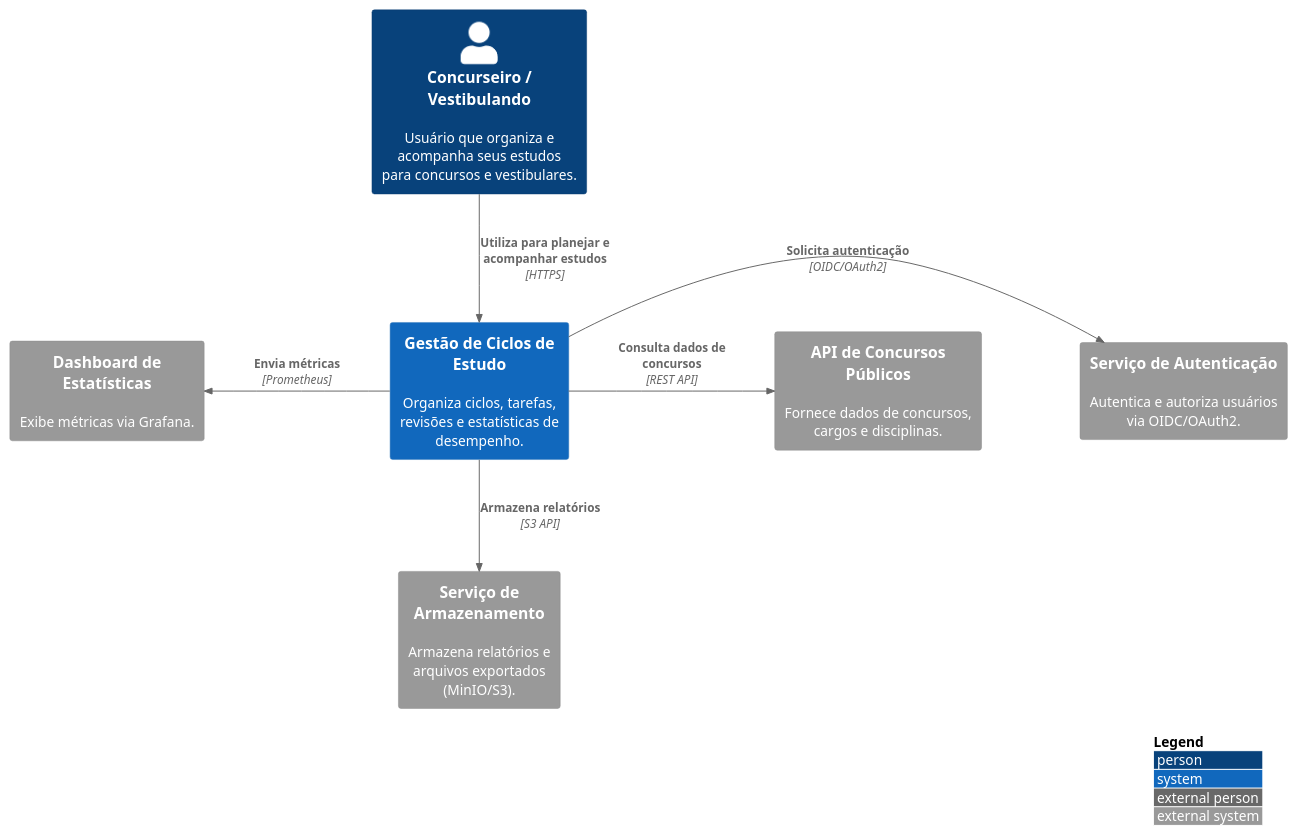
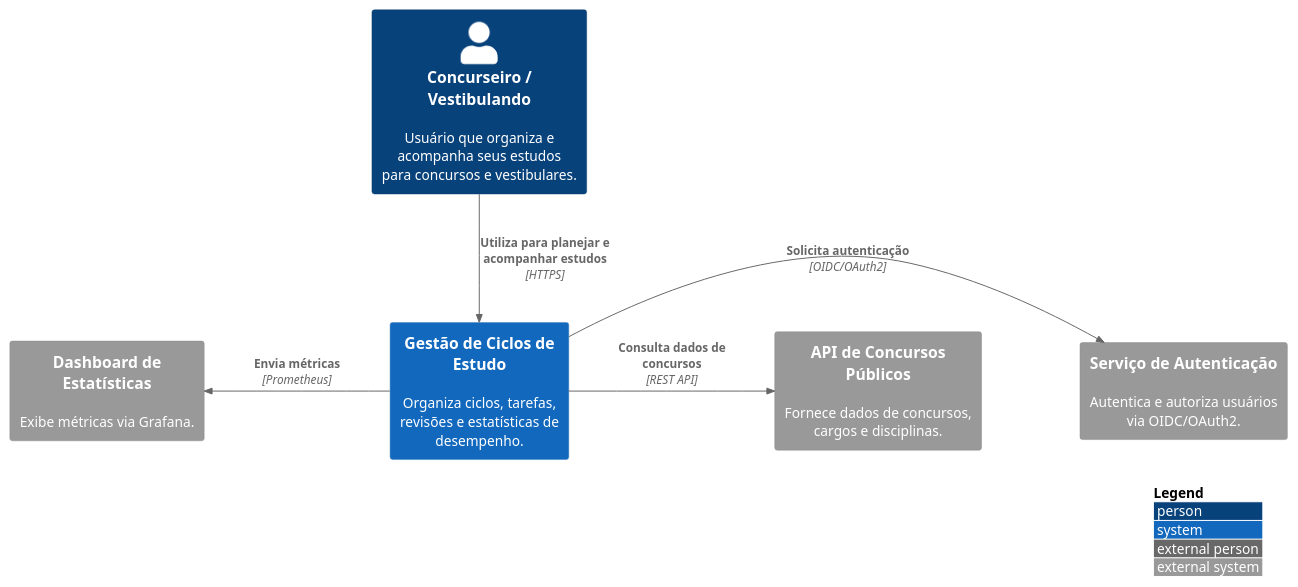
Before and after one commit to MarcosVSO/projeto_design_de_software: the diagram in atividade_2/diagrama_contexto.puml, drawn with PlantUML.

Commit message:
retira minIO do Contexto

```diff
--- a/atividade_2/diagrama_contexto.puml
+++ b/atividade_2/diagrama_contexto.puml
@@ -1,35 +1,31 @@
 @startuml
 !include https://raw.githubusercontent.com/plantuml-stdlib/C4-PlantUML/master/C4_Context.puml
 
 ' Configurações para melhorar legibilidade
 LAYOUT_TOP_DOWN()
 LAYOUT_WITH_LEGEND()
 
 ' Aumentar espaçamento entre elementos
 skinparam ranksep 80
 skinparam nodesep 100
 
 Person(user, "Concurseiro / Vestibulando", "Usuário que organiza e acompanha seus estudos para concursos e vestibulares.")
 
 System(system, "Gestão de Ciclos de Estudo", "Organiza ciclos, tarefas, revisões e estatísticas de desempenho.")
 
 System_Ext(auth, "Serviço de Autenticação", "Autentica e autoriza usuários via OIDC/OAuth2.")
 
 System_Ext(apiConcursos, "API de Concursos Públicos", "Fornece dados de concursos, cargos e disciplinas.")
 
-System_Ext(storage, "Serviço de Armazenamento", "Armazena relatórios e arquivos exportados (MinIO/S3).")
-
 System_Ext(grafana, "Dashboard de Estatísticas", "Exibe métricas via Grafana.")
 
 ' Relacionamentos com direções específicas
 Rel_Down(user, system, "Utiliza para planejar e acompanhar estudos", "HTTPS")
 
 Rel_Right(system, auth, "Solicita autenticação", "OIDC/OAuth2")
 
 Rel_Right(system, apiConcursos, "Consulta dados de concursos", "REST API")
 
-Rel_Down(system, storage, "Armazena relatórios", "S3 API")
-
 Rel_Left(system, grafana, "Envia métricas", "Prometheus")
 
 @enduml
```
